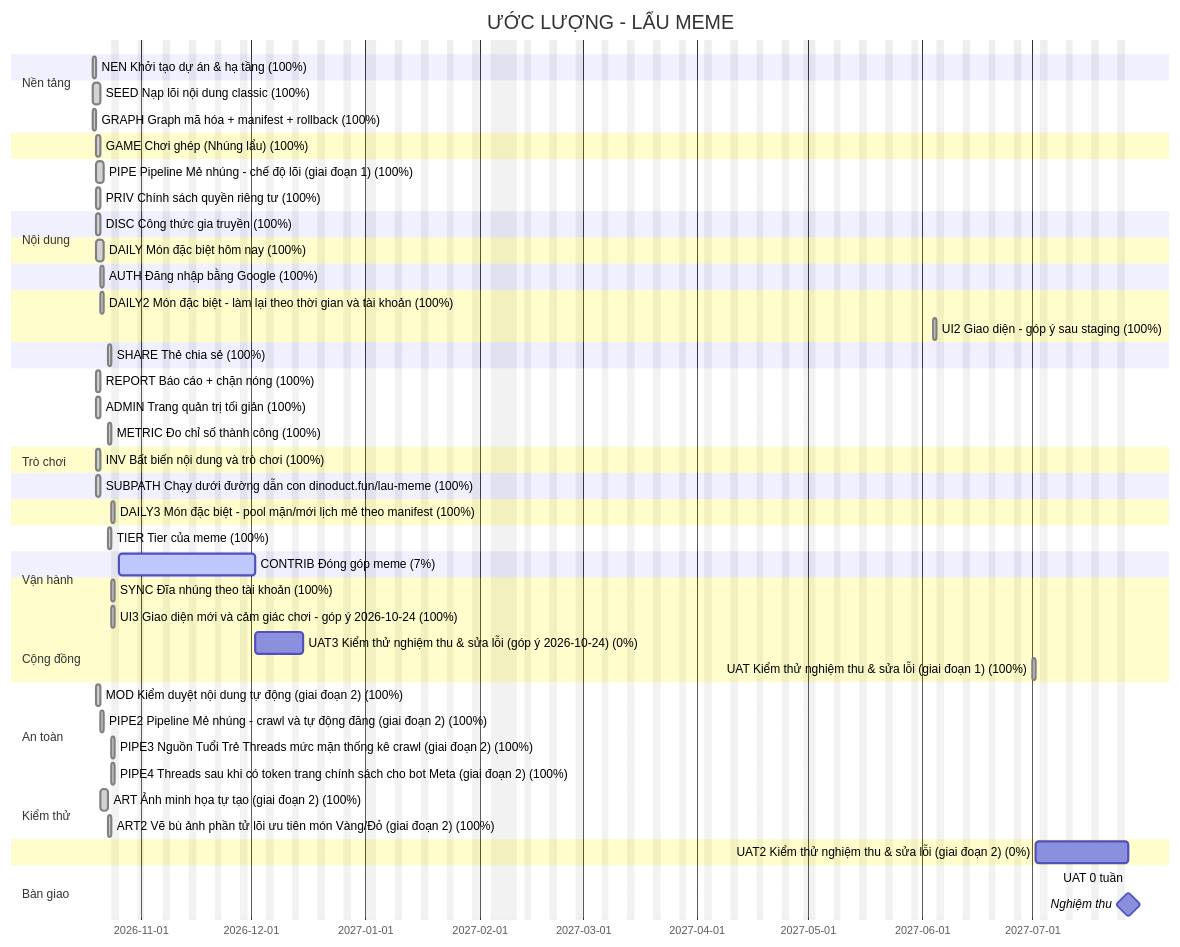
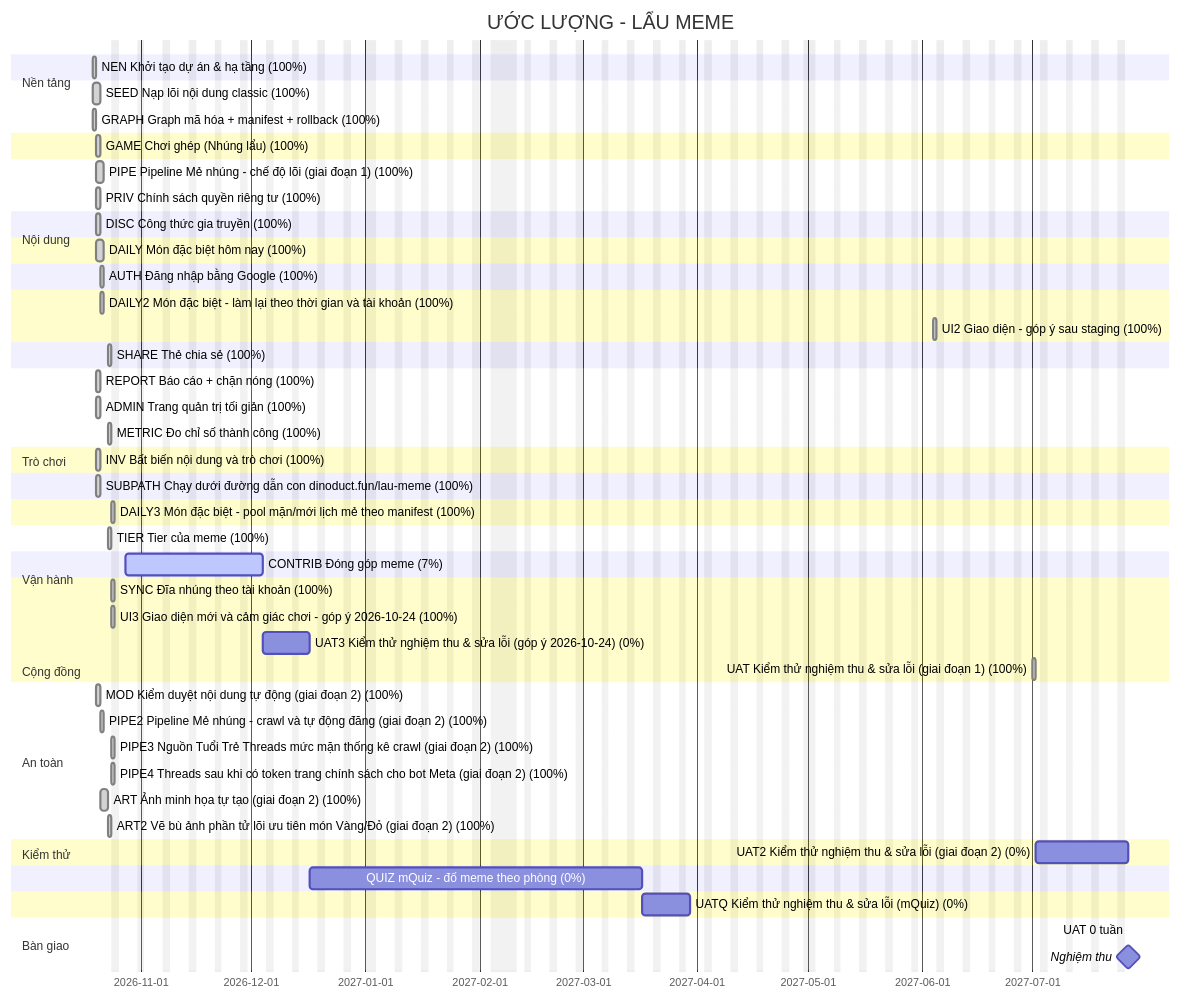
One commit to thucnq/lau-meme changed the diagram in docs/plan/gantt.md. Above: the diagram before and after it, drawn with Mermaid. The commit also changed other lines of this file and 4 other files, not shown here.

First line of the commit message:
estimate: thêm QUIZ (26 điểm), QUIZ2 tùy chọn (1,5), UATQ (4); lập lại kế hoạch

````diff
--- a/docs/plan/gantt.md
+++ b/docs/plan/gantt.md
@@ -5,62 +5,66 @@
 ```mermaid
 gantt
     title ƯỚC LƯỢNG - LẨU MEME
     dateFormat YYYY-MM-DD
     excludes weekends, 2027-01-01, 2027-02-04, 2027-02-05, 2027-02-06, 2027-02-07, 2027-02-08, 2027-02-09, 2027-02-10, 2027-04-30, 2027-05-01, 2027-09-02
     todayMarker stroke-width:2px,stroke:#d33
     section Nền tảng
     NEN Khởi tạo dự án & hạ tầng (100%) :done, NEN, 2026-10-19, 1d
     section Nội dung
     SEED Nạp lõi nội dung classic (100%) :done, SEED, 2026-10-19, 2d
     GRAPH Graph mã hóa + manifest + rollback (100%) :done, GRAPH, 2026-10-19, 1d
     section Trò chơi
     GAME Chơi ghép (Nhúng lẩu) (100%) :done, GAME, 2026-10-20, 1d
     section Nội dung
     PIPE Pipeline Mẻ nhúng - chế độ lõi (giai đoạn 1) (100%) :done, PIPE, 2026-10-20, 2d
     section Vận hành
     PRIV Chính sách quyền riêng tư (100%) :done, PRIV, 2026-10-20, 1d
     section Cộng đồng
     DISC Công thức gia truyền (100%) :done, DISC, 2026-10-20, 1d
     section Trò chơi
     DAILY Món đặc biệt hôm nay (100%) :done, DAILY, 2026-10-20, 2d
     section Cộng đồng
     AUTH Đăng nhập bằng Google (100%) :done, AUTH, 2026-10-21, 1d
     section Trò chơi
     DAILY2 Món đặc biệt - làm lại theo thời gian và tài khoản (100%) :done, DAILY2, 2026-10-21, 1d
     UI2 Giao diện - góp ý sau staging (100%) :done, UI2, 2027-06-04, 1d
     section Cộng đồng
     SHARE Thẻ chia sẻ (100%) :done, SHARE, 2026-10-23, 1d
     section An toàn
     REPORT Báo cáo + chặn nóng (100%) :done, REPORT, 2026-10-20, 1d
     ADMIN Trang quản trị tối giản (100%) :done, ADMIN, 2026-10-20, 1d
     section Vận hành
     METRIC Đo chỉ số thành công (100%) :done, METRIC, 2026-10-23, 1d
     section Kiểm thử
     INV Bất biến nội dung và trò chơi (100%) :done, INV, 2026-10-20, 1d
     section Nền tảng
     SUBPATH Chạy dưới đường dẫn con dinoduct.fun/lau-meme (100%) :done, SUBPATH, 2026-10-20, 1d
     section Trò chơi
     DAILY3 Món đặc biệt - pool mặn/mới  lịch mẻ theo manifest (100%) :done, DAILY3, 2026-10-24, 1d
     section Nội dung
     TIER Tier của meme (100%) :done, TIER, 2026-10-23, 1d
     section Cộng đồng
-    CONTRIB Đóng góp meme (7%) :active, CONTRIB, 2026-10-26, 27d
+    CONTRIB Đóng góp meme (7%) :active, CONTRIB, 2026-10-28, 27d
     section Trò chơi
     SYNC Đĩa nhúng theo tài khoản (100%) :done, SYNC, 2026-10-24, 1d
     UI3 Giao diện mới và cảm giác chơi - góp ý 2026-10-24 (100%) :done, UI3, 2026-10-24, 1d
     section Kiểm thử
-    UAT3 Kiểm thử nghiệm thu & sửa lỗi (góp ý 2026-10-24) (0%) :UAT3, 2026-12-02, 9d
+    UAT3 Kiểm thử nghiệm thu & sửa lỗi (góp ý 2026-10-24) (0%) :UAT3, 2026-12-04, 9d
     UAT Kiểm thử nghiệm thu & sửa lỗi (giai đoạn 1) (100%) :done, UAT, 2027-07-01, 1d
     section Nội dung
     MOD Kiểm duyệt nội dung tự động (giai đoạn 2) (100%) :done, MOD, 2026-10-20, 1d
     PIPE2 Pipeline Mẻ nhúng - crawl và tự động đăng (giai đoạn 2) (100%) :done, PIPE2, 2026-10-21, 1d
     PIPE3 Nguồn Tuổi Trẻ  Threads  mức mặn  thống kê crawl (giai đoạn 2) (100%) :done, PIPE3, 2026-10-24, 1d
     PIPE4 Threads sau khi có token  trang chính sách cho bot Meta (giai đoạn 2) (100%) :done, PIPE4, 2026-10-24, 1d
     ART Ảnh minh họa tự tạo (giai đoạn 2) (100%) :done, ART, 2026-10-21, 2d
     ART2 Vẽ bù ảnh phần tử lõi  ưu tiên món Vàng/Đỏ (giai đoạn 2) (100%) :done, ART2, 2026-10-23, 1d
     section Kiểm thử
     UAT2 Kiểm thử nghiệm thu & sửa lỗi (giai đoạn 2) (0%) :UAT2, 2027-07-02, 17d
+    section Cộng đồng
+    QUIZ mQuiz - đố meme theo phòng (0%) :QUIZ, 2026-12-17, 58d
+    section Kiểm thử
+    UATQ Kiểm thử nghiệm thu & sửa lỗi (mQuiz) (0%) :UATQ, 2027-03-17, 9d
     section Bàn giao
     UAT 0 tuần :uat, 2027-07-27, 0d
     Nghiệm thu :milestone, 2027-07-27, 0d
 ```
````
